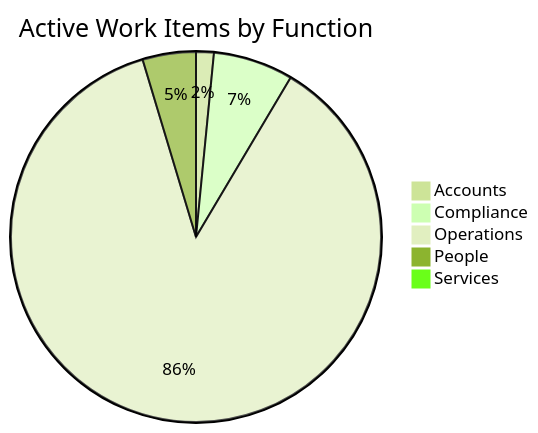
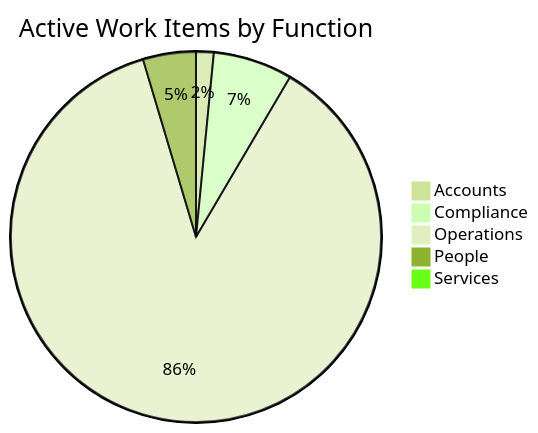
One commit to mgosal/5et.uk changed the first of 3 diagrams in dashboard.md. Above: the diagram before and after it, drawn with Mermaid (forest theme). The commit also changed other lines of this file and 3 other files, not shown here.

````diff
--- a/dashboard.md
+++ b/dashboard.md
@@ -210,8 +126,8 @@
 ```mermaid
 pie title Active Work Items by Function
     "Accounts" : 2
     "Compliance" : 9
-    "Operations" : 112
+    "Operations" : 113
     "People" : 6
     "Services" : 1
 ```
````
